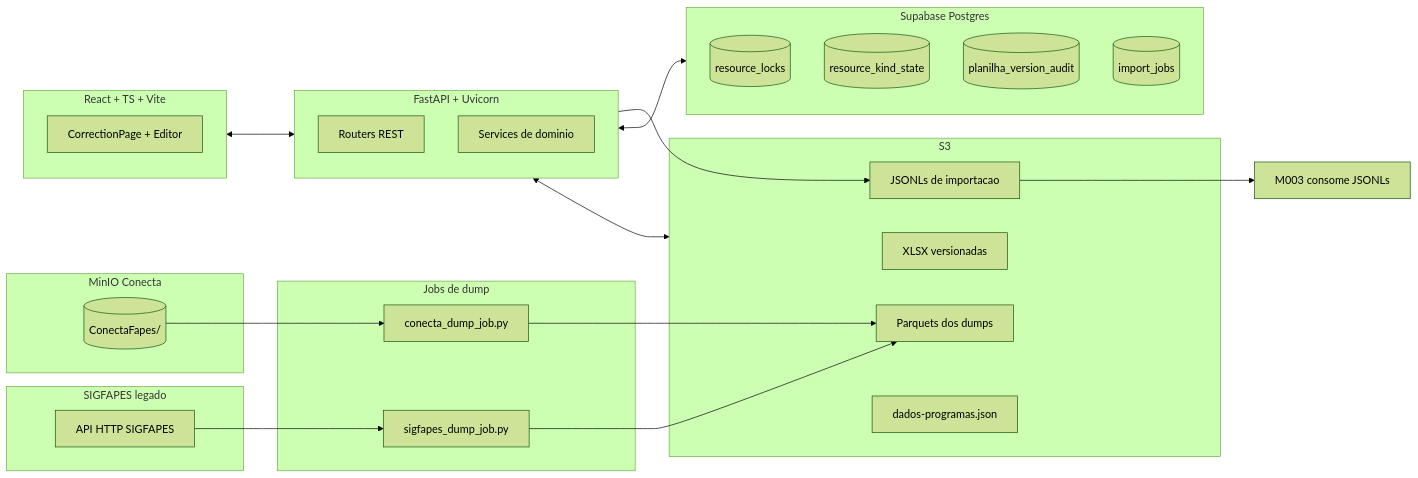
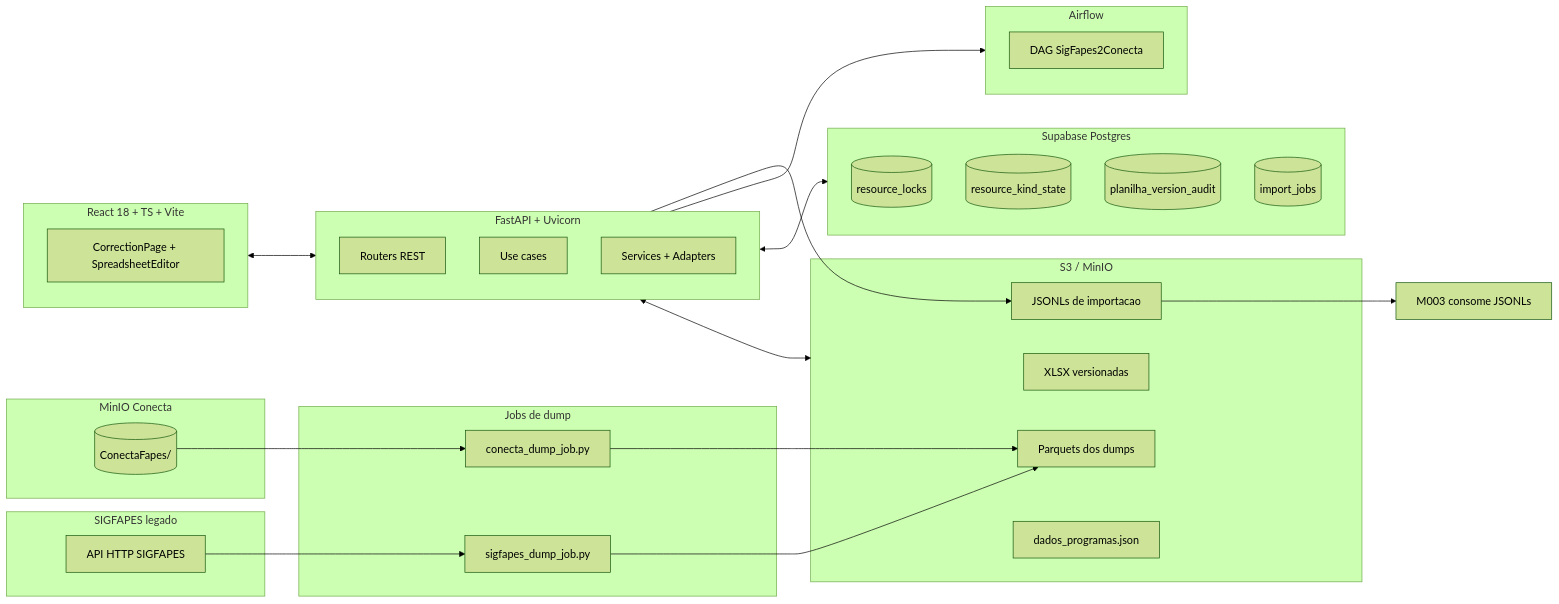
The diagram in docs/products/importador/architecture.md (Czzped/conecta-fapes-teste), drawn with Mermaid (forest theme) before and after one commit. The commit also changed other lines of this file and 25 other files, not shown here.

````diff
--- a/docs/products/importador/architecture.md
+++ b/docs/products/importador/architecture.md
@@ -16,45 +16,51 @@
 ```mermaid
 flowchart LR
     subgraph SigFapes[SIGFAPES legado]
         APISig[API HTTP SIGFAPES]
     end
 
     subgraph Conecta[MinIO Conecta]
         MinIO[(ConectaFapes/)]
     end
 
     subgraph Dumps[Jobs de dump]
         JobSig[sigfapes_dump_job.py]
         JobCon[conecta_dump_job.py]
     end
 
-    subgraph S3[S3]
+    subgraph S3[S3 / MinIO]
         Parquets[Parquets dos dumps]
         Xlsx[XLSX versionadas]
         Jsonl[JSONLs de importacao]
-        ProgJson[dados-programas.json]
+        ProgJson[dados_programas.json]
     end
 
     subgraph Supabase[Supabase Postgres]
         Locks[(resource_locks)]
         Kind[(resource_kind_state)]
         Audit[(planilha_version_audit)]
         Jobs[(import_jobs)]
     end
 
     subgraph Backend[FastAPI + Uvicorn]
         Routers[Routers REST]
-        Services[Services de dominio]
+        UseCases[Use cases]
+        Services[Services + Adapters]
     end
 
-    subgraph Frontend[React + TS + Vite]
-        UI[CorrectionPage + Editor]
+    subgraph Frontend[React 18 + TS + Vite]
+        UI[CorrectionPage + SpreadsheetEditor]
+    end
+
+    subgraph Airflow[Airflow]
+        DAG[DAG SigFapes2Conecta]
     end
 
     APISig --> JobSig --> Parquets
     MinIO --> JobCon --> Parquets
     Backend <--> S3
     Backend <--> Supabase
+    Backend --> Airflow
     Frontend <--> Backend
     Backend --> Jsonl --> M003[M003 consome JSONLs]
 ```
````
